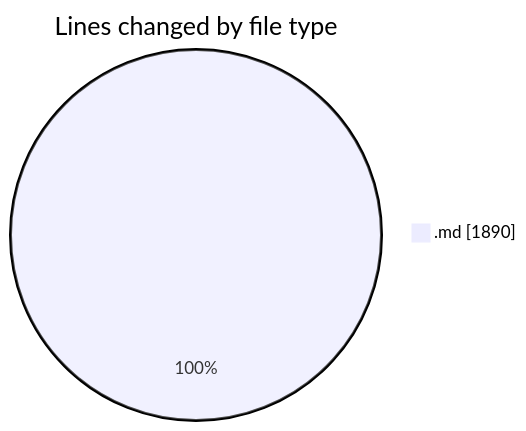
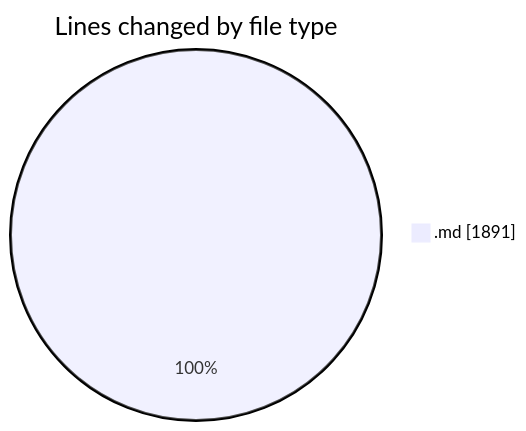
One commit to Ritupan-Deka/code-tracking changed the first of 2 diagrams in 2025-07-18/urlwebwala_intership_work/README.md. Above: the diagram before and after it, drawn with Mermaid. The commit also changed other lines of this file and 1 other file, not shown here.

````diff
--- a/2025-07-18/urlwebwala_intership_work/README.md
+++ b/2025-07-18/urlwebwala_intership_work/README.md
@@ -21,5 +21,5 @@
 ```mermaid
 pie showData
 title Lines changed by file type
-".md" : 1890
+".md" : 1891
 ```
````
